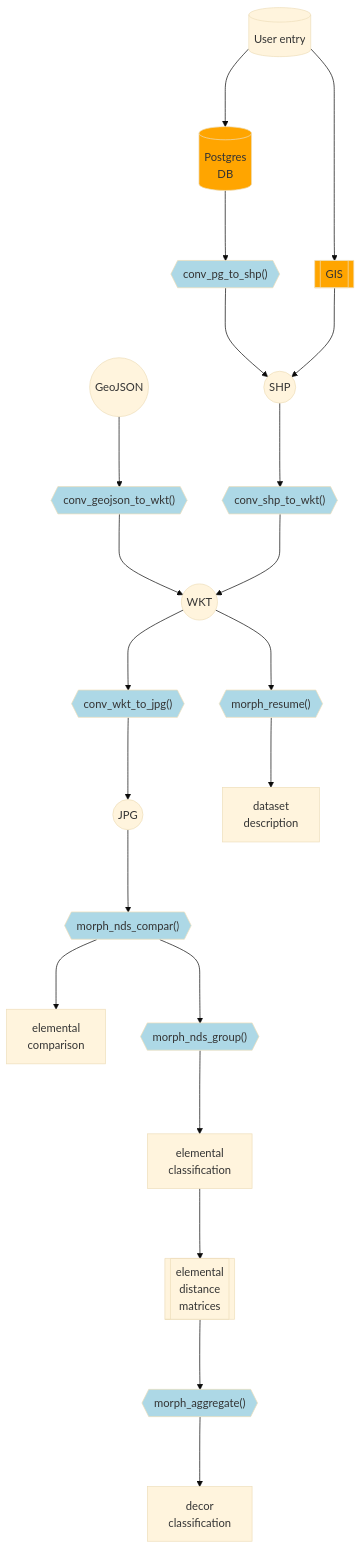
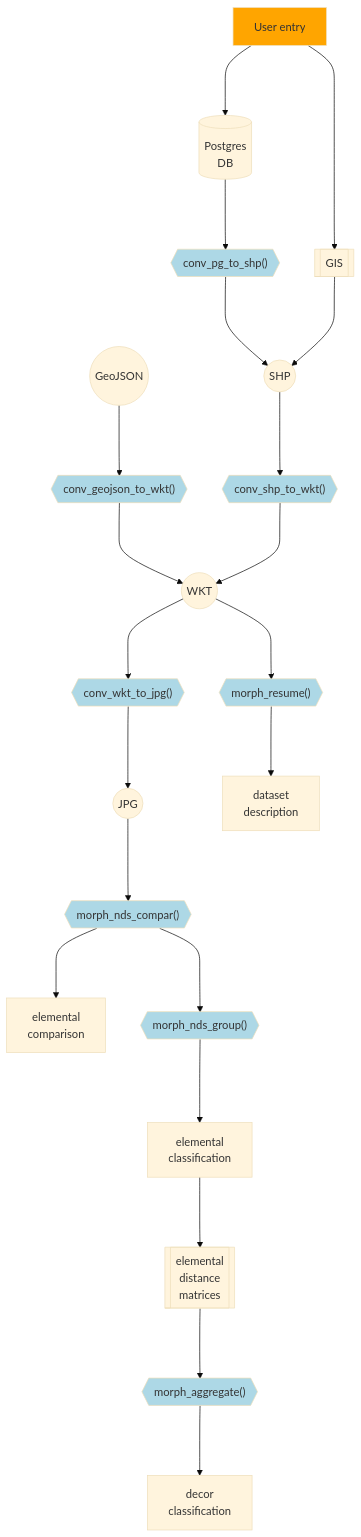
One commit to zoometh/iconr changed the diagram in README.md. Above: the diagram before and after it, drawn with Mermaid (base theme).

Commit message:
iconr dev workflow

````diff
--- a/README.md
+++ b/README.md
@@ -231,25 +231,25 @@
 ```mermaid
 flowchart TD
-    T[(User entry)] ---> A[(Postgres<br>DB)]:::iconRusr;
-    T ---> Q[[GIS]]:::iconRusr;
+    T[User entry]:::iconRusr ---> A[(Postgres<br>DB)];
+    T ---> Q[[GIS]];
     A ---> B{{"conv_pg_to_shp()"}}:::iconRpkg;
     B ---> C((SHP));
     Q ---> C;
     R((GeoJSON)) ---> S{{"conv_geojson_to_wkt()"}}:::iconRpkg;
     S ---> E((WKT));
     C ---> D{{"conv_shp_to_wkt()"}}:::iconRpkg;
     D ---> E;
     E ---> F{{"conv_wkt_to_jpg()"}}:::iconRpkg;
     F ---> G((JPG));
     G ---> J{{"morph_nds_compar()"}}:::iconRpkg;
     J ---> K[elemental<br>comparison];
     J ---> H{{"morph_nds_group()"}}:::iconRpkg;
     H ---> I[elemental<br>classification];
     E ---> L{{"morph_resume()"}}:::iconRpkg;
     L ---> P[dataset<br>description];
     I ---> M[[elemental<br>distance<br>matrices]];
     M ---> N{{"morph_aggregate()"}}:::iconRpkg;
     N ---> O[decor<br>classification];
     classDef iconRpkg fill:#add8e6;
     classDef iconRusr fill:#ffa500;
 ```
````
